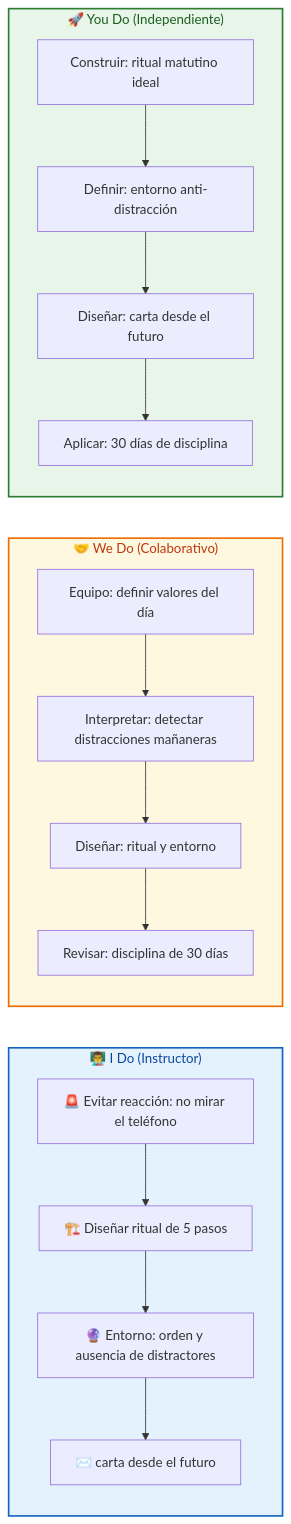
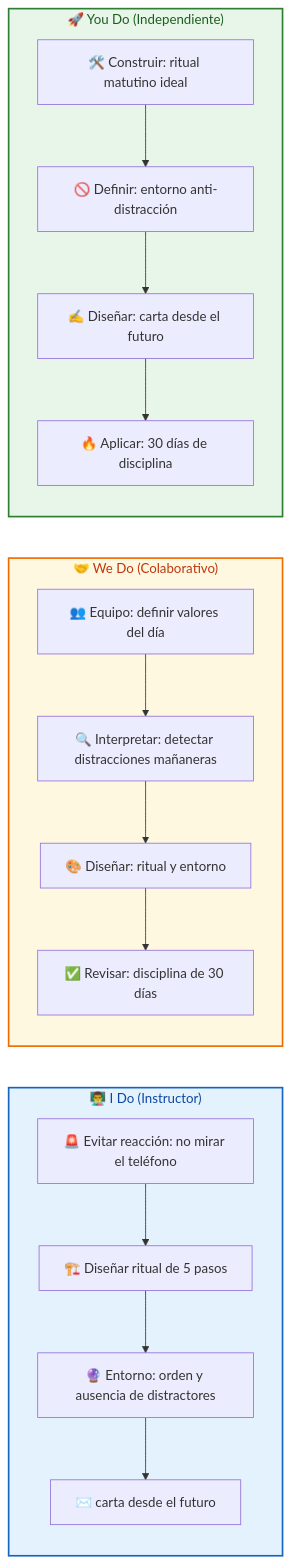
One commit to jeroroldan/jeronimo-blog changed the second of 7 diagrams in src/content/blog/masterclass-poder-manana-rituales-matutinos.md. Above: the diagram before and after it, drawn with Mermaid.

Commit message:
refactor(masterclass): enhance flowchart visuals in morning rituals guide
- update flowchart elements in the "MASTERCLASS: El Poder de tu Mañana" guide to include emojis for improved visual engagement and clarity.
- maintain the structure of the collaborative and independent sections while enhancing the overall presentation of the content.

````diff
--- a/src/content/blog/masterclass-poder-manana-rituales-matutinos.md
+++ b/src/content/blog/masterclass-poder-manana-rituales-matutinos.md
@@ -72,25 +72,25 @@
 ```mermaid
 flowchart LR
     subgraph I_Do["👨‍🏫 I Do (Instructor)"]
         direction TB
         A1[🚨 Evitar reacción: no mirar el teléfono] --> A2[🏗️ Diseñar ritual de 5 pasos] --> A3[🔮 Entorno: orden y ausencia de distractores] --> A4[✉️ carta desde el futuro]
     end
     
     subgraph We_Do["🤝 We Do (Colaborativo)"]
         direction TB
-        B1[Equipo: definir valores del día] --> B2[Interpretar: detectar distracciones mañaneras] --> B3[Diseñar: ritual y entorno] --> B4[Revisar: disciplina de 30 días]
+        B1[👥 Equipo: definir valores del día] --> B2[🔍 Interpretar: detectar distracciones mañaneras] --> B3[🎨 Diseñar: ritual y entorno] --> B4[✅ Revisar: disciplina de 30 días]
     end
     
     subgraph You_Do["🚀 You Do (Independiente)"]
         direction TB
-        C1[Construir: ritual matutino ideal] --> C2[Definir: entorno anti-distracción] --> C3[Diseñar: carta desde el futuro] --> C4[Aplicar: 30 días de disciplina]
+        C1[🛠️ Construir: ritual matutino ideal] --> C2[🚫 Definir: entorno anti-distracción] --> C3[✍️ Diseñar: carta desde el futuro] --> C4[🔥 Aplicar: 30 días de disciplina]
     end
     
     classDef I_DoStyle fill:#E3F2FD,stroke:#1565C0,stroke-width:2px,color:#0D47A1;
     classDef We_DoStyle fill:#FFF8E1,stroke:#EF6C00,stroke-width:2px,color:#BF360C;
     classDef You_DoStyle fill:#E8F5E9,stroke:#2E7D32,stroke-width:2px,color:#1B5E20;
     
     class I_Do I_DoStyle;
     class We_Do We_DoStyle;
     class You_Do You_DoStyle;
 ```
````
